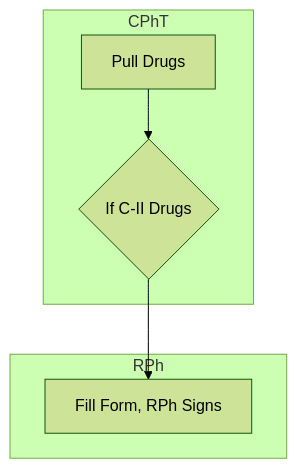
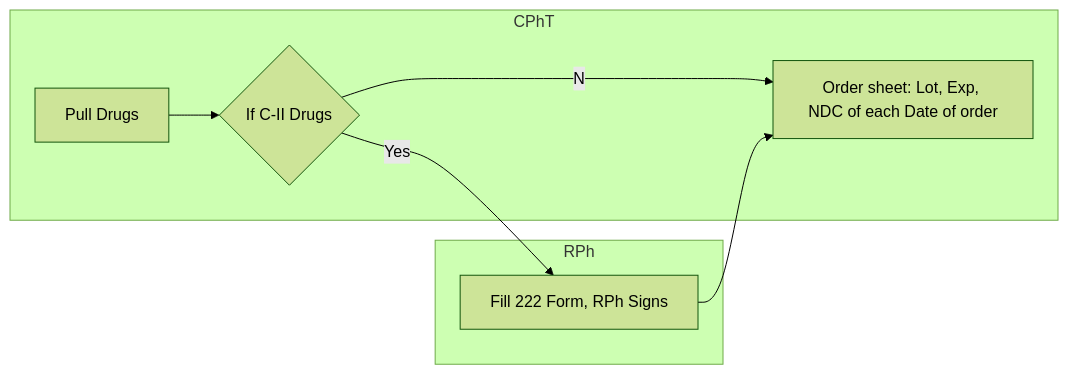
Before and after one commit to jts-bio/base: the third of 3 diagrams in MOC/fill_westED.md, drawn with Mermaid (forest theme). The commit also changed other lines of this file and 2 other files, not shown here.

```diff
--- a/MOC/fill_westED.md
+++ b/MOC/fill_westED.md
@@ -23,9 +26,11 @@
 ::: mermaid
-graph TB;
+graph LR;
    subgraph CPhT
       Pull[Pull Drugs] --> DEA{If C-II Drugs}
+      DEA --No--> Write[Order sheet: Lot, Exp, NDC of each Date of order]
    end
    subgraph RPh
-      DEA --> DEAform[Fill Form, RPh Signs]
+      DEA --Yes--> DEAform[Fill 222 Form, RPh Signs]
+      DEAform --> Write
    end
 :::
```
